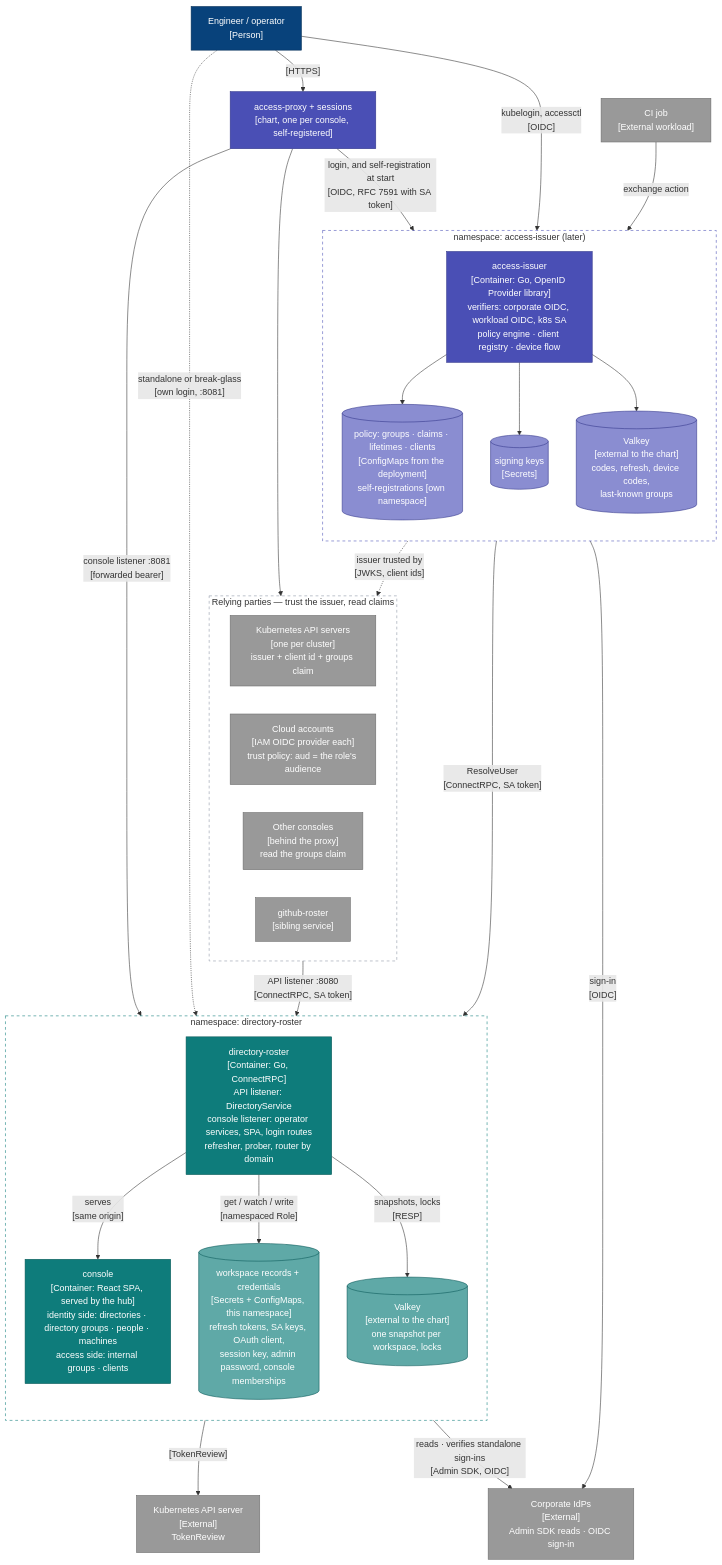
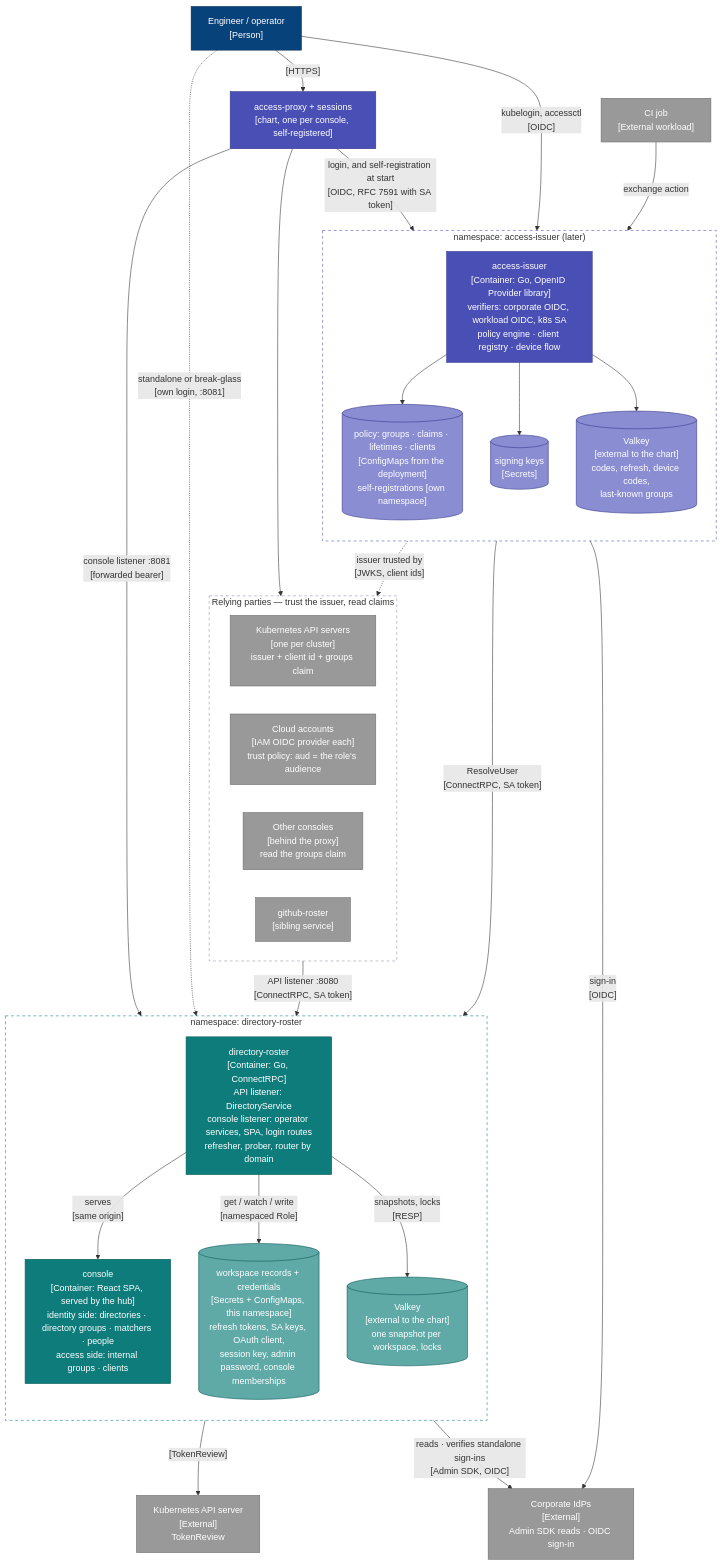
The second of 11 diagrams in docs/architecture.md (truvity/access-roster), drawn with Mermaid before and after one commit. The commit also changed 22 other files, not shown here.

First line of the commit message:
feat(console): matchers as a list, people by facet, machines on a client

````diff
--- a/docs/architecture.md
+++ b/docs/architecture.md
@@ -81,64 +81,64 @@
 ```mermaid
 flowchart TB
   eng["Engineer / operator<br/>[Person]"]:::person
   ci["CI job<br/>[External workload]"]:::ext
   proxy["access-proxy + sessions<br/>[chart, one per console, self-registered]"]:::token
   idp["Corporate IdPs<br/>[External]<br/>Admin SDK reads · OIDC sign-in"]:::ext
   kapi["Kubernetes API server<br/>[External]<br/>TokenReview"]:::ext
 
   subgraph nsTs["namespace: access-issuer (later)"]
     direction TB
     ts["access-issuer<br/>[Container: Go, OpenID Provider library]<br/>verifiers: corporate OIDC, workload OIDC, k8s SA<br/>policy engine · client registry · device flow"]:::token
     policyStore[("policy: groups · claims · lifetimes · clients<br/>[ConfigMaps from the deployment]<br/>self-registrations [own namespace]")]:::tokenStore
     keys[("signing keys<br/>[Secrets]")]:::tokenStore
     tsv[("Valkey<br/>[external to the chart]<br/>codes, refresh, device codes,<br/>last-known groups")]:::tokenStore
   end
 
   subgraph nsHub["namespace: directory-roster"]
     direction TB
     hub["directory-roster<br/>[Container: Go, ConnectRPC]<br/>API listener: DirectoryService<br/>console listener: operator services, SPA, login routes<br/>refresher, prober, router by domain"]:::hub
-    spa["console<br/>[Container: React SPA, served by the hub]<br/>identity side: directories · directory groups · people · machines<br/>access side: internal groups · clients"]:::hub
+    spa["console<br/>[Container: React SPA, served by the hub]<br/>identity side: directories · directory groups · matchers · people<br/>access side: internal groups · clients"]:::hub
     k8s[("workspace records + credentials<br/>[Secrets + ConfigMaps, this namespace]<br/>refresh tokens, SA keys, OAuth client,<br/>session key, admin password, console memberships")]:::hubStore
     hv[("Valkey<br/>[external to the chart]<br/>one snapshot per workspace, locks")]:::hubStore
   end
 
   subgraph rp["Relying parties — trust the issuer, read claims"]
     direction LR
     k8sapi["Kubernetes API servers<br/>[one per cluster]<br/>issuer + client id + groups claim"]:::ext
     cloud["Cloud accounts<br/>[IAM OIDC provider each]<br/>trust policy: aud = the role's audience"]:::ext
     consoles["Other consoles<br/>[behind the proxy]<br/>read the groups claim"]:::ext
     roster["github-roster<br/>[sibling service]"]:::ext
   end
 
   eng -- "[HTTPS]" --> proxy
   proxy -- "login, and self-registration at start<br/>[OIDC, RFC 7591 with SA token]" --> ts
   proxy -- "console listener :8081<br/>[forwarded bearer]" --> hub
   proxy --> consoles
   eng -. "standalone or break-glass<br/>[own login, :8081]" .-> hub
   eng -- "kubelogin, accessctl<br/>[OIDC]" --> ts
   ci -- "exchange action" --> ts
   ts -- "sign-in<br/>[OIDC]" --> idp
   ts -- "ResolveUser<br/>[ConnectRPC, SA token]" --> hub
   ts --> policyStore
   ts --> keys
   ts --> tsv
   ts -. "issuer trusted by<br/>[JWKS, client ids]" .-> rp
   hub -- "serves<br/>[same origin]" --> spa
   hub -- "[TokenReview]" --> kapi
   hub -- "get / watch / write<br/>[namespaced Role]" --> k8s
   hub -- "snapshots, locks<br/>[RESP]" --> hv
   hub -- "reads · verifies standalone sign-ins<br/>[Admin SDK, OIDC]" --> idp
   roster -- "API listener :8080<br/>[ConnectRPC, SA token]" --> hub
 
   classDef person fill:#08427b,stroke:#052e56,color:#fff
   classDef system fill:#1168bd,stroke:#0b4884,color:#fff
   classDef ext fill:#999999,stroke:#6b6b6b,color:#fff
   classDef hub fill:#0E7C7B,stroke:#0A5958,color:#fff
   classDef hubStore fill:#5FA9A7,stroke:#0A5958,color:#fff
   classDef token fill:#4A4FB5,stroke:#33378A,color:#fff
   classDef tokenStore fill:#8A8DD1,stroke:#33378A,color:#fff
   classDef component fill:#85bbf0,stroke:#5d82a8,color:#000
   style nsTs fill:none,stroke:#4A4FB5,stroke-dasharray:5 5
   style nsHub fill:none,stroke:#0E7C7B,stroke-dasharray:5 5
   style rp fill:none,stroke:#8A93A3,stroke-dasharray:5 5
 ```
````
